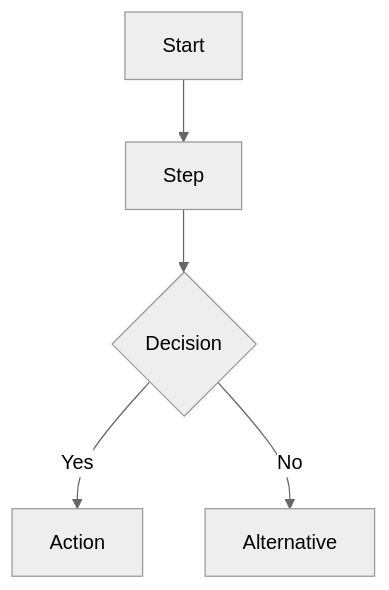
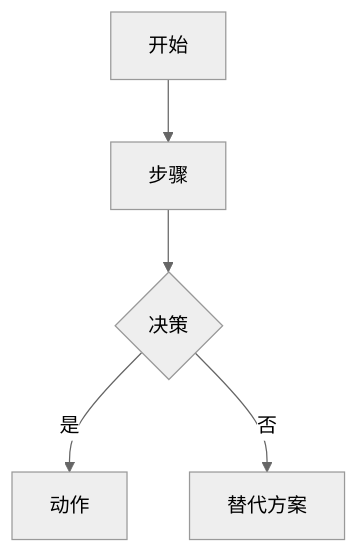
Before and after one commit to NumberTheEleven/devflow: the diagram in skills/blueprint/references/design-template.md, drawn with Mermaid (neutral theme). The commit also changed other lines of this file and 11 other files, not shown here.

````diff
--- a/skills/blueprint/references/design-template.md
+++ b/skills/blueprint/references/design-template.md
@@ -11,7 +11,7 @@
 ```mermaid
 flowchart TD
-    A[Start] --> B[Step]
-    B --> C{Decision}
-    C -->|Yes| D[Action]
-    C -->|No| E[Alternative]
+    A[开始] --> B[步骤]
+    B --> C{决策}
+    C -->|是| D[动作]
+    C -->|否| E[替代方案]
 ```
````
